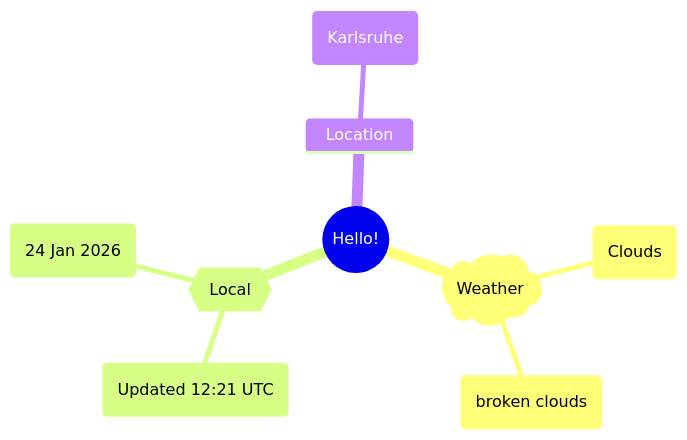
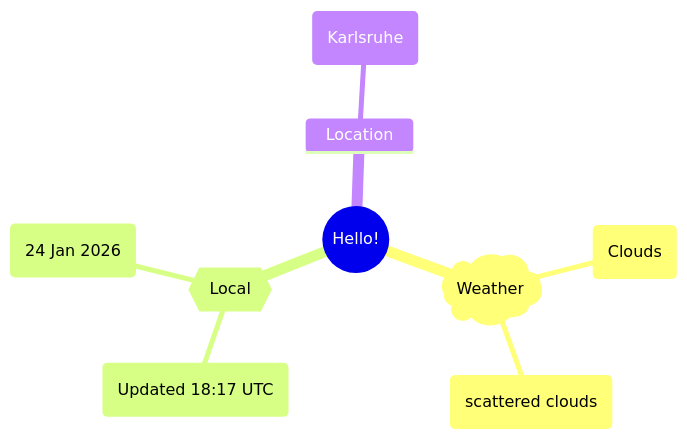
Before and after one commit to Xosrov/Xosrov: the first of 2 diagrams in README.md, drawn with Mermaid.

Commit message:
[bot] updated images

````diff
--- a/README.md
+++ b/README.md
@@ -3,12 +3,12 @@
 ```mermaid
 mindmap
   root((Hello!))
     )Weather(
         (Clouds)
-        (broken clouds)
+        (scattered clouds)
     {{Local}}
-        (Updated 12:21 UTC)
+        (Updated 18:17 UTC)
         (24 Jan 2026)
     Location
         (Karlsruhe)
 ```
````
